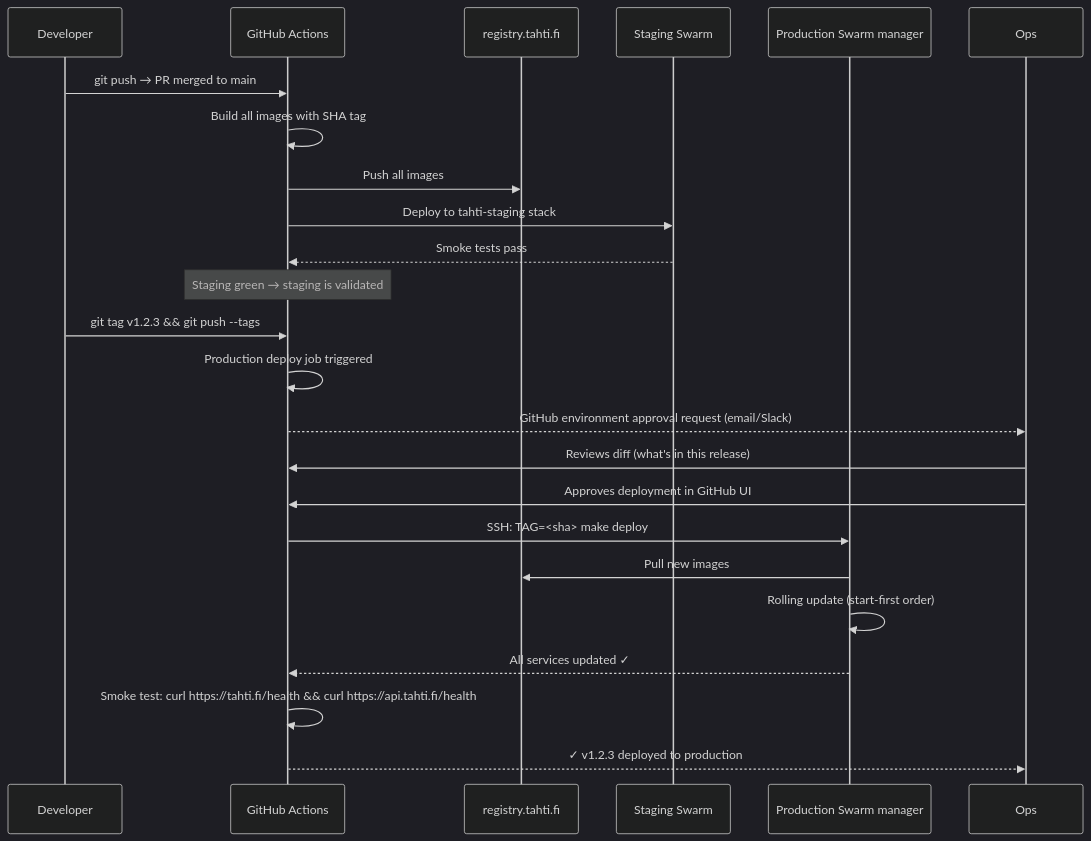
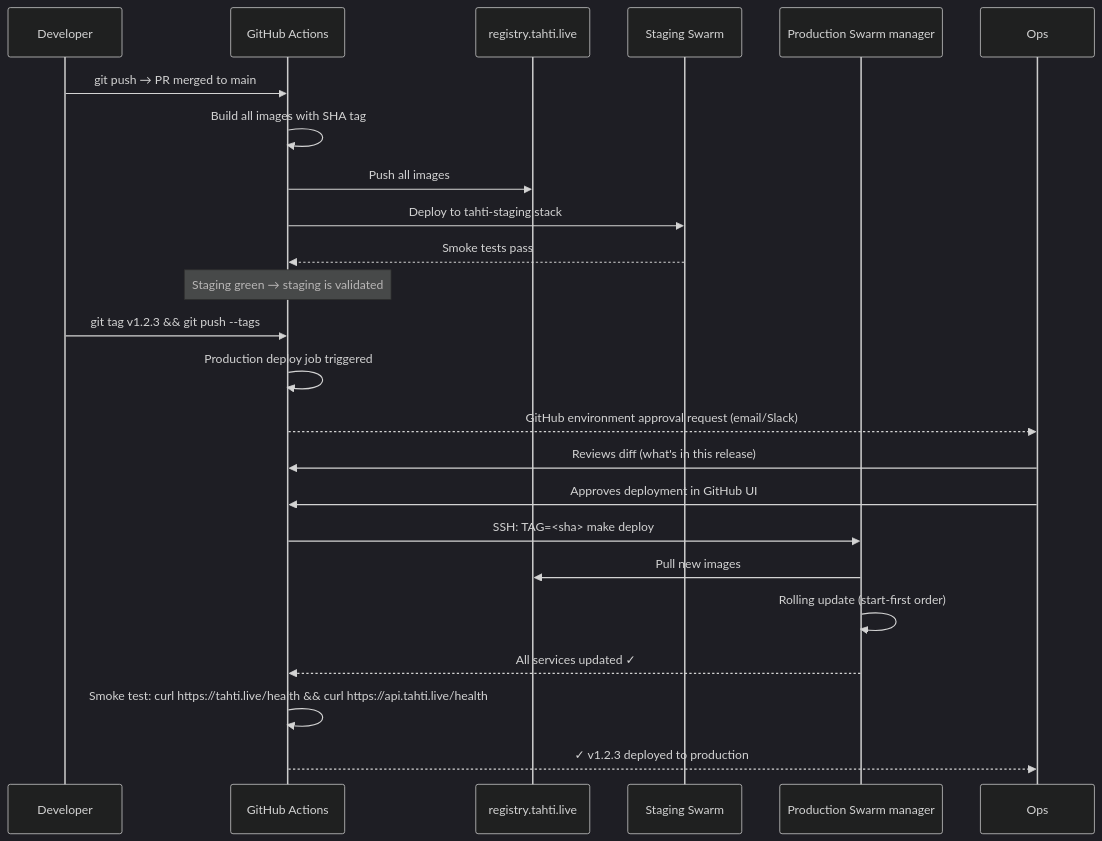
Before and after one commit to janiluuk/tahti-org: the third of 8 diagrams in docs/technical/journey-ops.md, drawn with Mermaid (dark theme). The commit also changed other lines of this file and 148 other files, not shown here.

First line of the commit message:
feat(m10): member governance, chat polish, domain rename to tahti.live

````diff
--- a/docs/technical/journey-ops.md
+++ b/docs/technical/journey-ops.md
@@ -74,31 +74,31 @@
 ```mermaid
 sequenceDiagram
     participant Dev as Developer
     participant GH as GitHub Actions
-    participant Reg as registry.tahti.fi
+    participant Reg as registry.tahti.live
     participant STG as Staging Swarm
     participant ProdMgr as Production Swarm manager
 
     Dev->>GH: git push → PR merged to main
     GH->>GH: Build all images with SHA tag
     GH->>Reg: Push all images
     GH->>STG: Deploy to tahti-staging stack
     STG-->>GH: Smoke tests pass
 
     Note over GH: Staging green → staging is validated
 
     Dev->>GH: git tag v1.2.3 && git push --tags
     GH->>GH: Production deploy job triggered
     GH-->>Ops: GitHub environment approval request (email/Slack)
 
     Ops->>GH: Reviews diff (what's in this release)
     Ops->>GH: Approves deployment in GitHub UI
 
     GH->>ProdMgr: SSH: TAG=<sha> make deploy
     ProdMgr->>Reg: Pull new images
     ProdMgr->>ProdMgr: Rolling update (start-first order)
     ProdMgr-->>GH: All services updated ✓
 
-    GH->>GH: Smoke test: curl https://tahti.fi/health && curl https://api.tahti.fi/health
+    GH->>GH: Smoke test: curl https://tahti.live/health && curl https://api.tahti.live/health
     GH-->>Ops: ✓ v1.2.3 deployed to production
 ```
````
